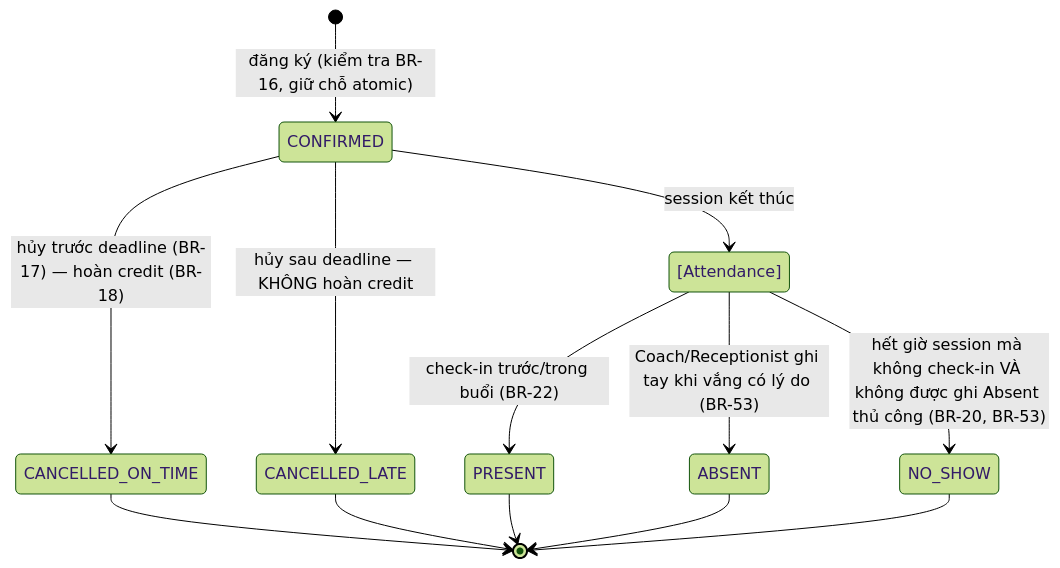
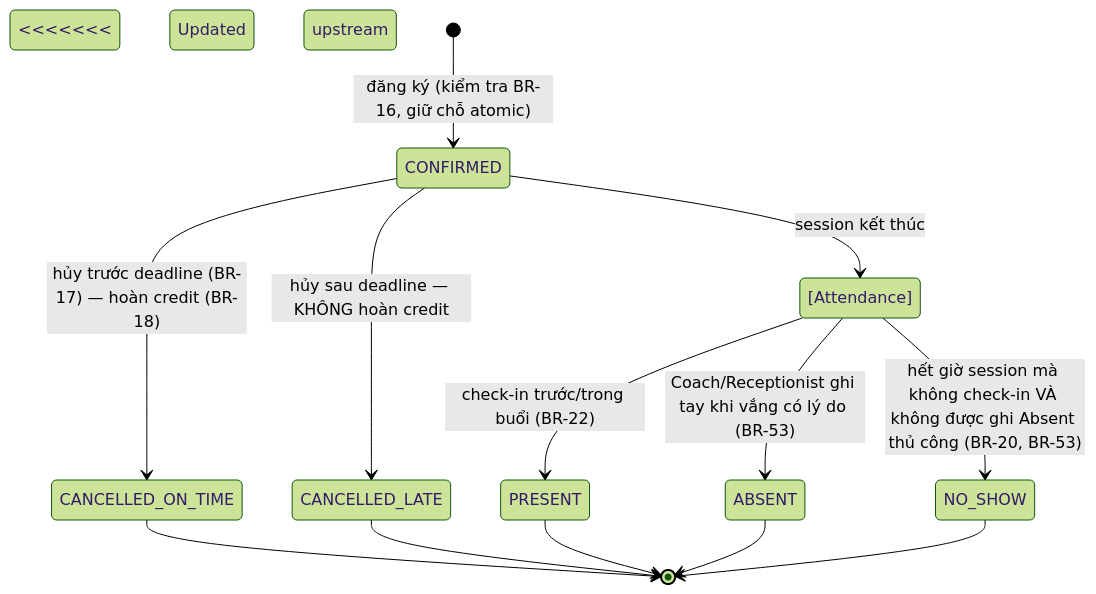
The third of 5 diagrams in docs/Center-Management-System-Design-v2.md (SWP391-SportHub-Group4/sports-center-management-system), drawn with Mermaid (forest theme) before and after one commit. The commit also changed other lines of this file and 7 other files, not shown here.

````diff
--- a/docs/Center-Management-System-Design-v2.md
+++ b/docs/Center-Management-System-Design-v2.md
@@ -338,15 +459,16 @@
 ```mermaid
 stateDiagram-v2
+<<<<<<< Updated upstream
     [*] --> CONFIRMED: đăng ký (kiểm tra BR-16, giữ chỗ atomic)
     CONFIRMED --> CANCELLED_ON_TIME: hủy trước deadline (BR-17) — hoàn credit (BR-18)
     CONFIRMED --> CANCELLED_LATE: hủy sau deadline — KHÔNG hoàn credit
     CONFIRMED --> [Attendance]: session kết thúc
     [Attendance] --> PRESENT: check-in trước/trong buổi (BR-22)
     [Attendance] --> ABSENT: Coach/Receptionist ghi tay khi vắng có lý do (BR-53)
     [Attendance] --> NO_SHOW: hết giờ session mà không check-in VÀ không được ghi Absent thủ công (BR-20, BR-53)
     CANCELLED_ON_TIME --> [*]
     CANCELLED_LATE --> [*]
     PRESENT --> [*]
     ABSENT --> [*]
     NO_SHOW --> [*]
 ```
````
